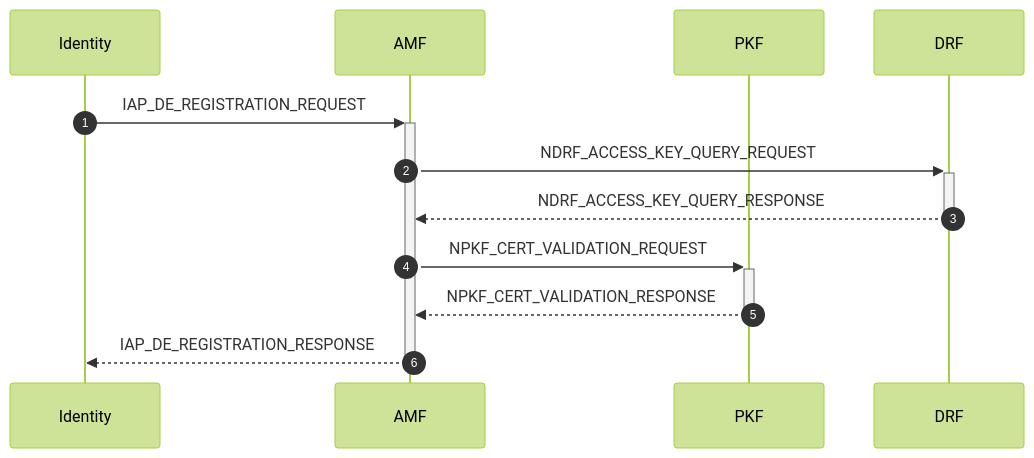
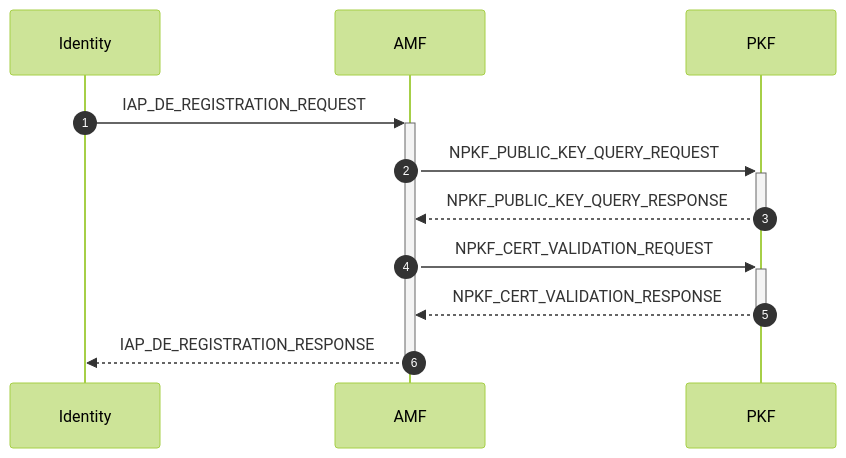
One commit to veil-link/veilink changed the eighth of 23 diagrams in doc/doc-spec/00-series-general/00.002-procedure.md. Above: the diagram before and after it, drawn with Mermaid (forest theme). The commit also changed other lines of this file and 2 other files, not shown here.

Commit message:
chore: remove access key with access public/private key

````diff
--- a/doc/doc-spec/00-series-general/00.002-procedure.md
+++ b/doc/doc-spec/00-series-general/00.002-procedure.md
@@ -184,16 +189,15 @@
 ```mermaid
 sequenceDiagram
     autonumber
 
     participant id as Identity
     participant amf as AMF
     participant pkf as PKF
-    participant drf as DRF
 
     id ->>+ amf: IAP_DE_REGISTRATION_REQUEST
-    amf ->>+ drf: NDRF_ACCESS_KEY_QUERY_REQUEST
-    drf -->>- amf: NDRF_ACCESS_KEY_QUERY_RESPONSE
+    amf ->>+ pkf: NPKF_PUBLIC_KEY_QUERY_REQUEST
+    pkf -->>- amf: NPKF_PUBLIC_KEY_QUERY_RESPONSE
     amf ->>+ pkf: NPKF_CERT_VALIDATION_REQUEST
     pkf -->>- amf: NPKF_CERT_VALIDATION_RESPONSE
     amf -->>- id: IAP_DE_REGISTRATION_RESPONSE
 ```
````
